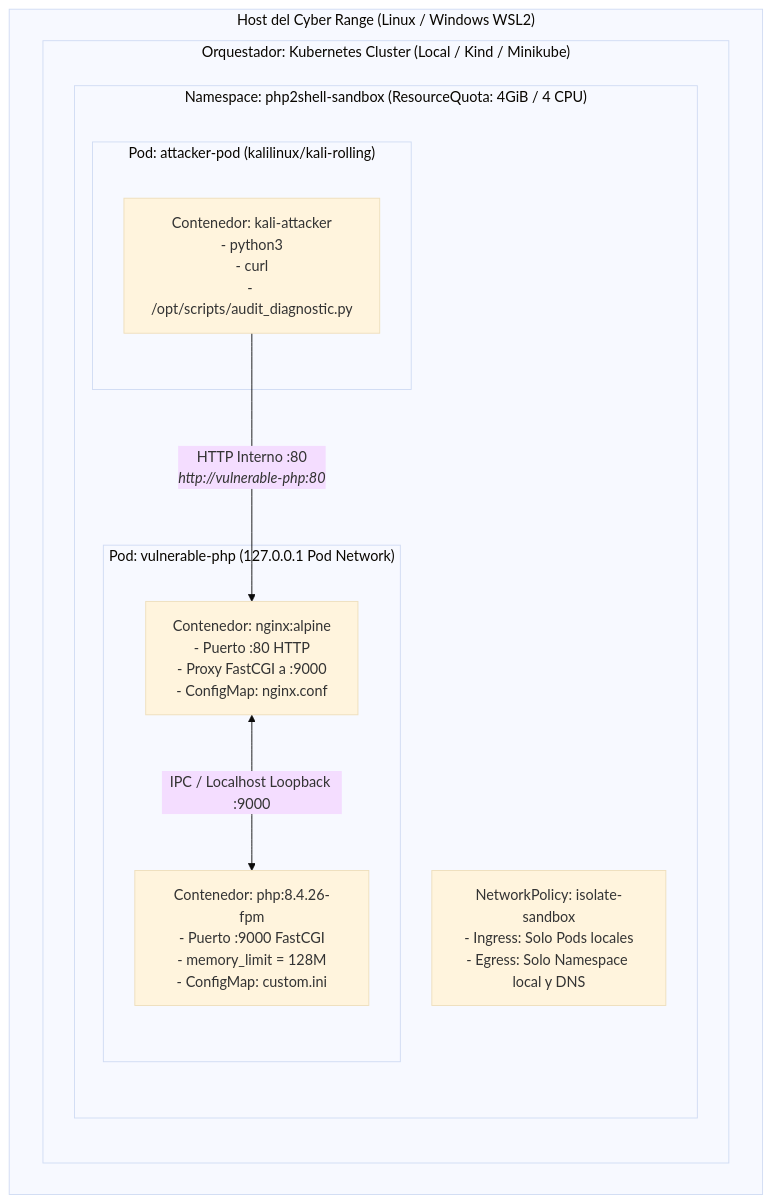
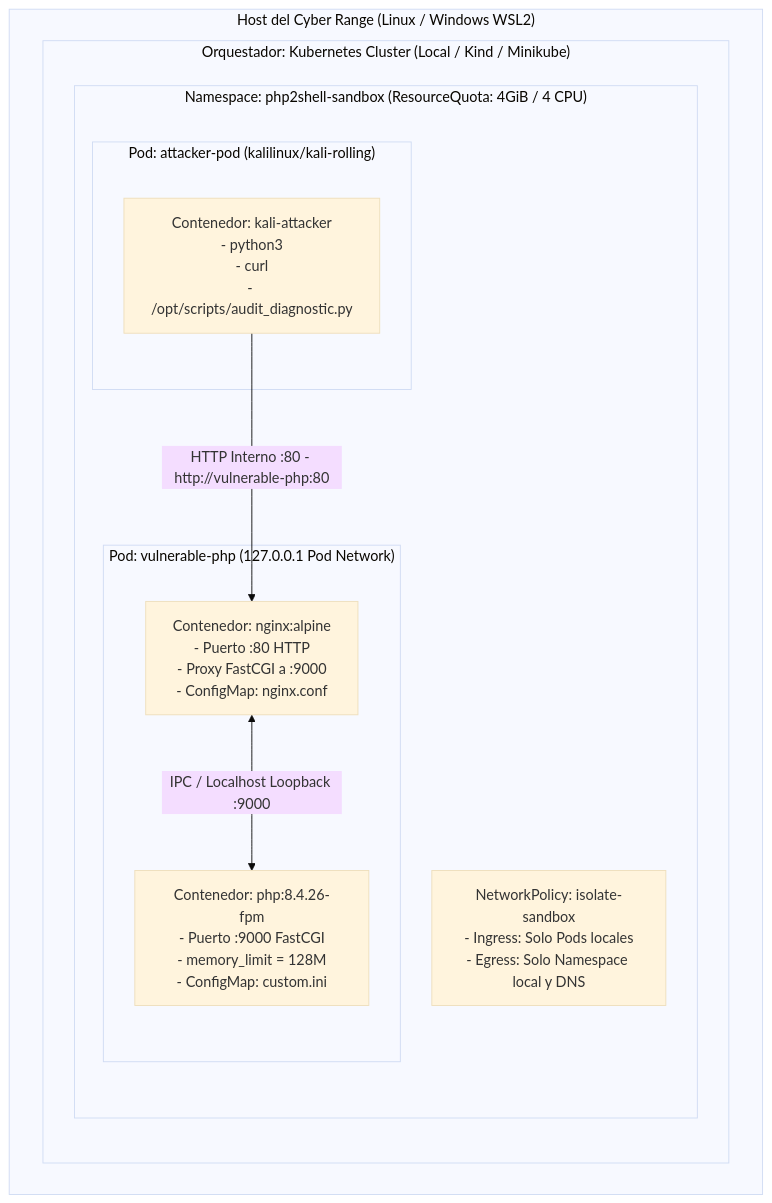
Before and after one commit to BrenesRM/The-Kodiak-Shield-CD-Cyber-Range-Masterclass-en-PHP2Shell: the sixth of 7 diagrams in ARQUITECTURA_ISO42010_ARCADIA.md, drawn with Mermaid (base theme). The commit also changed 2 other files, not shown here.

Commit message:
docs: fix Mermaid diagram syntax and update executive summary in documentation files

````diff
--- a/ARQUITECTURA_ISO42010_ARCADIA.md
+++ b/ARQUITECTURA_ISO42010_ARCADIA.md
@@ -250,23 +250,23 @@
 ```mermaid
 graph TB
     subgraph Host["Host del Cyber Range (Linux / Windows WSL2)"]
         subgraph Cluster["Orquestador: Kubernetes Cluster (Local / Kind / Minikube)"]
             subgraph NS["Namespace: php2shell-sandbox (ResourceQuota: 4GiB / 4 CPU)"]
                 
                 subgraph AttackerPod["Pod: attacker-pod (kalilinux/kali-rolling)"]
                     KaliCont["Contenedor: kali-attacker<br/>- python3<br/>- curl<br/>- /opt/scripts/audit_diagnostic.py"]
                 end
 
                 subgraph TargetPod["Pod: vulnerable-php (127.0.0.1 Pod Network)"]
                     NginxCont["Contenedor: nginx:alpine<br/>- Puerto :80 HTTP<br/>- Proxy FastCGI a :9000<br/>- ConfigMap: nginx.conf"]
                     PhpCont["Contenedor: php:8.4.26-fpm<br/>- Puerto :9000 FastCGI<br/>- memory_limit = 128M<br/>- ConfigMap: custom.ini"]
-                    NginxCont <-->|IPC / Localhost Loopback :9000| PhpCont
+                    NginxCont <-->|"IPC / Localhost Loopback :9000"| PhpCont
                 end
 
                 NetPol["NetworkPolicy: isolate-sandbox<br/>- Ingress: Solo Pods locales<br/>- Egress: Solo Namespace local y DNS"]
             end
         end
     end
 
-    KaliCont -->|HTTP Interno :80<br/><i>http://vulnerable-php:80</i>| NginxCont
+    KaliCont -->|"HTTP Interno :80 - http://vulnerable-php:80"| NginxCont
 ```
````
